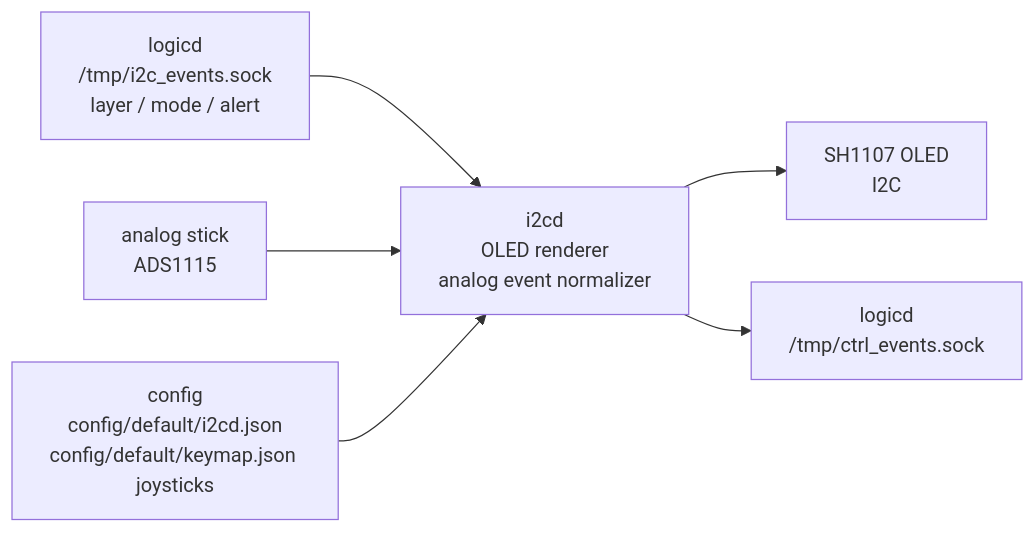
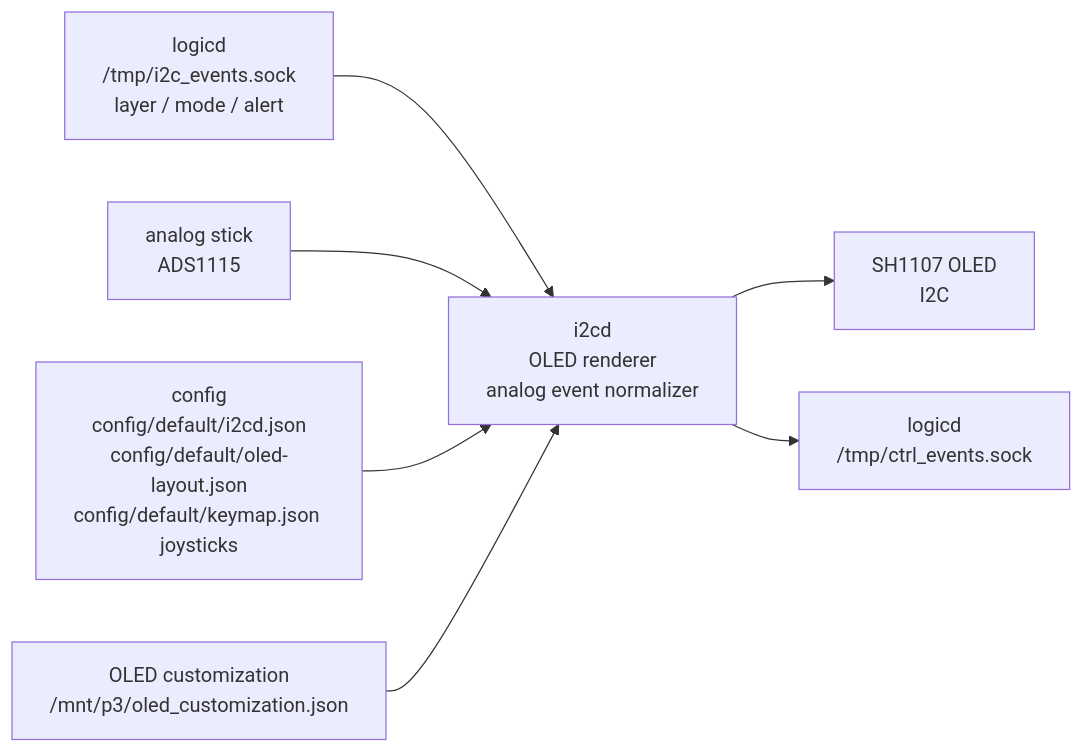
One commit to cqa02303/hidloom changed the diagram in daemon/i2cd/README.md. Above: the diagram before and after it, drawn with Mermaid. The commit also changed other lines of this file and 71 other files, not shown here.

````diff
--- a/daemon/i2cd/README.md
+++ b/daemon/i2cd/README.md
@@ -26,15 +26,17 @@
 ```mermaid
 flowchart LR
     logicd["logicd\n/tmp/i2c_events.sock\nlayer / mode / alert"]
     stick["analog stick\nADS1115"]
-    config["config\nconfig/default/i2cd.json\nconfig/default/keymap.json joysticks"]
+    config["config\nconfig/default/i2cd.json\nconfig/default/oled-layout.json\nconfig/default/keymap.json joysticks"]
+    custom["OLED customization\n/mnt/p3/oled_customization.json"]
     i2cd["i2cd\nOLED renderer\nanalog event normalizer"]
     oled["SH1107 OLED\nI2C"]
     ctrl["logicd\n/tmp/ctrl_events.sock"]
 
     logicd --> i2cd
     stick --> i2cd
     config --> i2cd
+    custom --> i2cd
     i2cd --> oled
     i2cd --> ctrl
 ```
````
